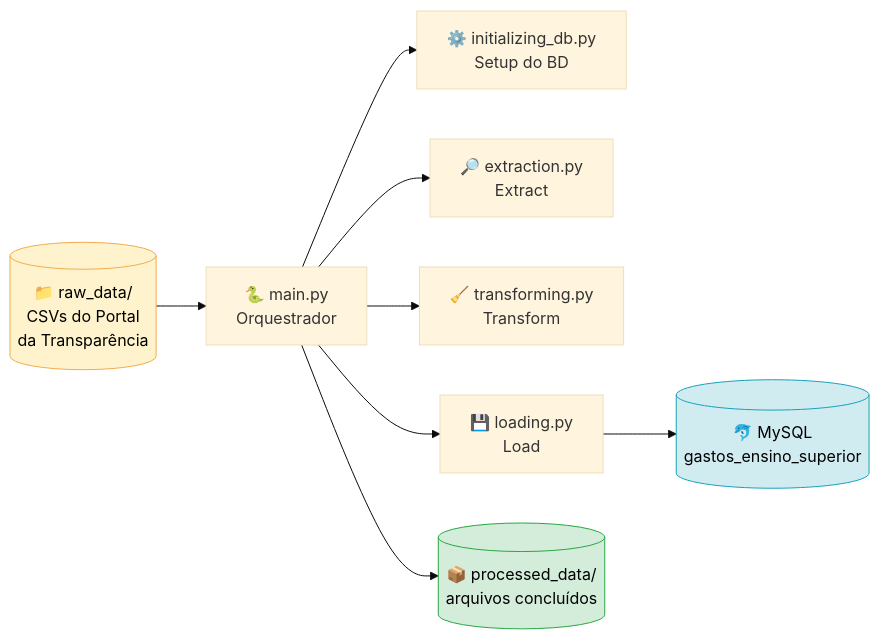
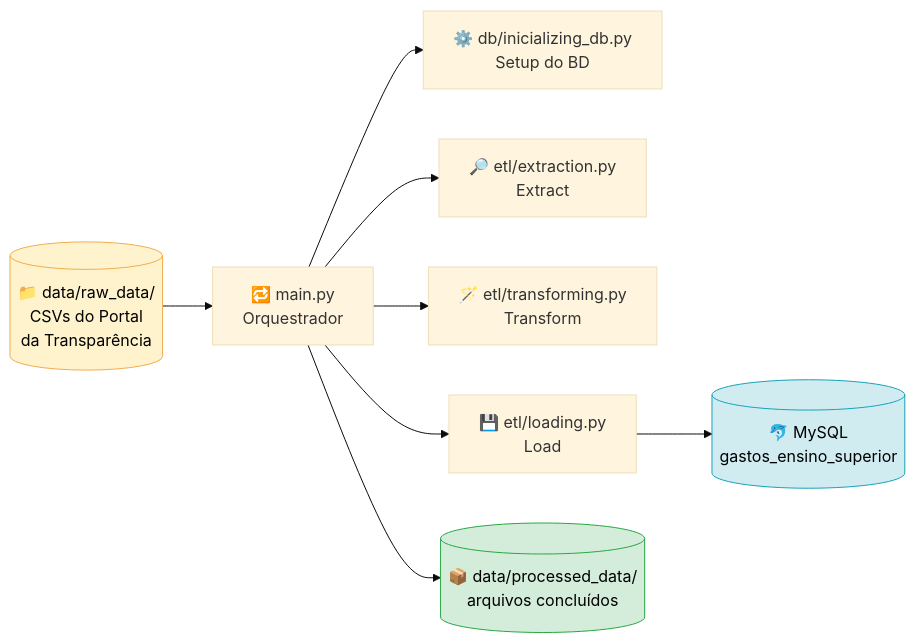
One commit to joaoalexds/GovEdu_Data_Flow changed the diagram in README.md. Above: the diagram before and after it, drawn with Mermaid (base theme). The commit also changed other lines of this file, not shown here.

````diff
--- a/README.md
+++ b/README.md
@@ -47,14 +47,14 @@
 ```mermaid
 flowchart LR
-    A[("📁 raw_data/<br>CSVs do Portal<br>da Transparência")] --> M["🐍 main.py<br>Orquestrador"]
-    M --> I["⚙️ initializing_db.py<br>Setup do BD"]
-    M --> B["🔎 extraction.py<br>Extract"]
-    M --> C["🧹 transforming.py<br>Transform"]
-    M --> D["💾 loading.py<br>Load"]
+    A[("📁 data/raw_data/<br>CSVs do Portal<br>da Transparência")] --> M["🔁 main.py<br>Orquestrador"]
+    M --> I["⚙️ db/inicializing_db.py<br>Setup do BD"]
+    M --> B["🔎 etl/extraction.py<br>Extract"]
+    M --> C["🪄 etl/transforming.py<br>Transform"]
+    M --> D["💾 etl/loading.py<br>Load"]
     D --> E[("🐬 MySQL<br>gastos_ensino_superior")]
-    M --> F[("📦 processed_data/<br>arquivos concluídos")]
+    M --> F[("📦 data/processed_data/<br>arquivos concluídos")]
 
     style A fill:#fff3cd,stroke:#f0ad4e,color:#000
     style E fill:#d1ecf1,stroke:#17a2b8,color:#000
     style F fill:#d4edda,stroke:#28a745,color:#000
 ```
````
